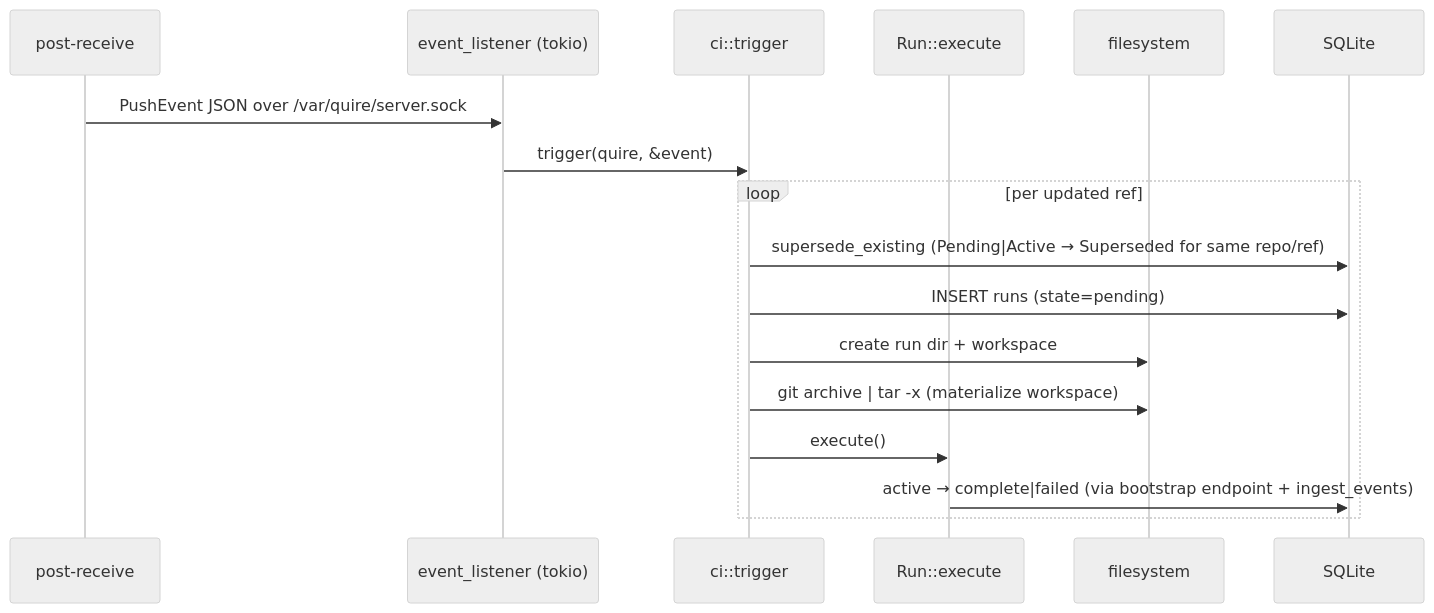
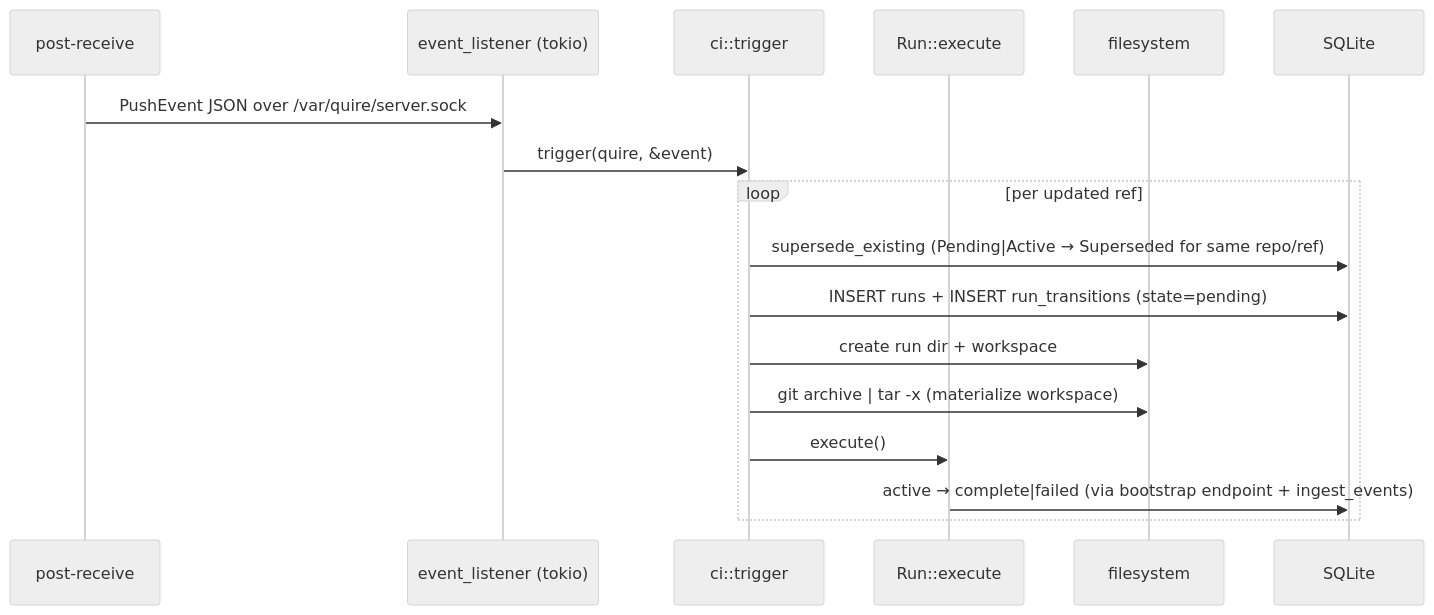
Before and after one commit to kejadlen/quire: the fourth of 4 diagrams in docs/CI-STATE.md, drawn with Mermaid (neutral theme). The commit also changed other lines of this file, not shown here.

First line of the commit message:
Update CI-STATE.md for run_transitions schema

````diff
--- a/docs/CI-STATE.md
+++ b/docs/CI-STATE.md
@@ -204,20 +209,20 @@
 ```mermaid
 sequenceDiagram
     participant Hook as post-receive
     participant Listener as event_listener (tokio)
     participant Trigger as ci::trigger
     participant Exec as Run::execute
     participant FS as filesystem
     participant DB as SQLite
 
     Hook->>Listener: PushEvent JSON over /var/quire/server.sock
     Listener->>Trigger: trigger(quire, &event)
     loop per updated ref
       Trigger->>DB: supersede_existing (Pending|Active → Superseded for same repo/ref)
-      Trigger->>DB: INSERT runs (state=pending)
+      Trigger->>DB: INSERT runs + INSERT run_transitions (state=pending)
       Trigger->>FS: create run dir + workspace
       Trigger->>FS: git archive | tar -x  (materialize workspace)
       Trigger->>Exec: execute()
       Exec->>DB: active → complete|failed (via bootstrap endpoint + ingest_events)
     end
 ```
````
